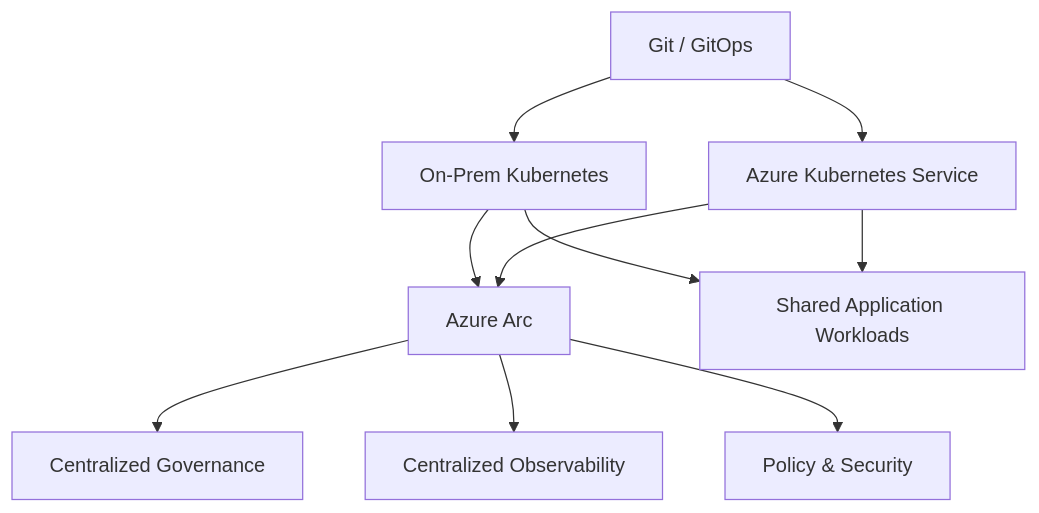
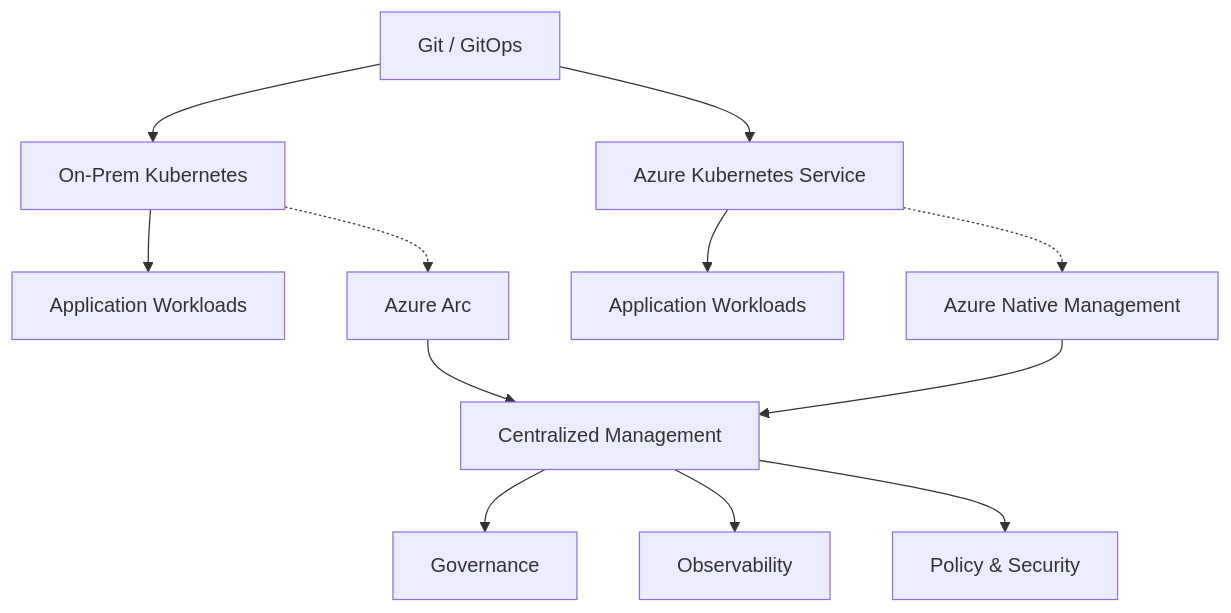
The first of 4 diagrams in README.md (mohamedkaba4/K8s-Hybrid-Cloud), drawn with Mermaid before and after one commit. The commit also changed other lines of this file, not shown here.

Commit message:
Update architecture diagram

````diff
--- a/README.md
+++ b/README.md
@@ -9,25 +10,20 @@
 ```mermaid
+flowchart TD
+    A[Git / GitOps]
 
-flowchart TD
+    A --> B[On-Prem Kubernetes]
+    A --> C[Azure Kubernetes Service]
 
-    Git[Git / GitOps]
+    B --> D[Application Workloads]
+    C --> E[Application Workloads]
 
-    Git --> OnPrem[On-Prem Kubernetes]
+    B -.-> F[Azure Arc]
+    C -.-> G[Azure Native Management]
 
-    Git --> AKS[Azure Kubernetes Service]
+    F --> H[Centralized Management]
+    G --> H
 
-    OnPrem --> Arc[Azure Arc]
-
-    AKS --> Arc
-
-    Arc --> Governance[Centralized Governance]
-
-    Arc --> Observability[Centralized Observability]
-
-    Arc --> Policy[Policy & Security]
-
-    OnPrem --> Workload[Shared Application Workloads]
-
-    AKS --> Workload
-
+    H --> I[Governance]
+    H --> J[Observability]
+    H --> K[Policy & Security]
 ```
````
